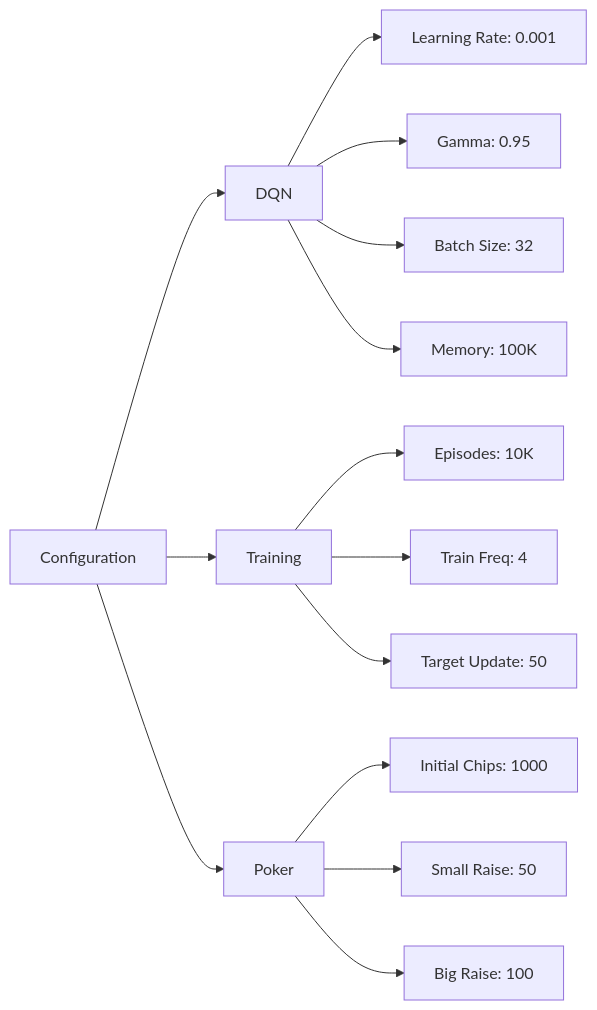
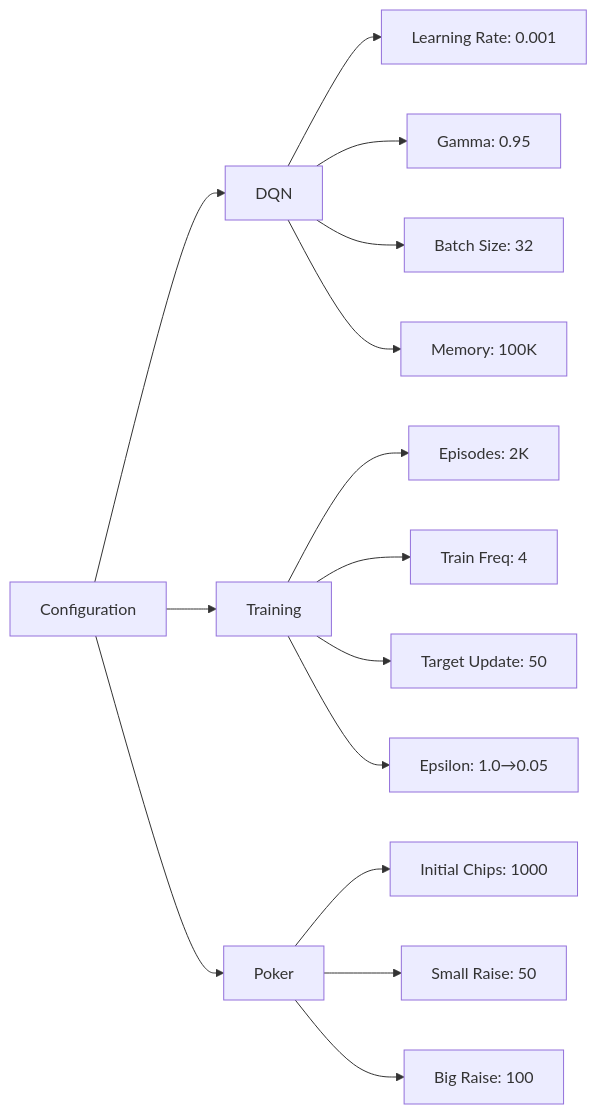
Before and after one commit to MatisAgr/DQN_TexasHoldEm_NoLimit: the fourth of 4 diagrams in README.MD, drawn with Mermaid. The commit also changed other lines of this file and 1 other file, not shown here.

````diff
--- a/README.MD
+++ b/README.MD
@@ -119,19 +140,20 @@
 ```mermaid
 graph LR
     A[Configuration] --> B[DQN]
     A --> C[Training]
     A --> D[Poker]
     
     B --> E[Learning Rate: 0.001]
     B --> F[Gamma: 0.95]
     B --> G[Batch Size: 32]
     B --> H[Memory: 100K]
     
-    C --> I[Episodes: 10K]
+    C --> I[Episodes: 2K]
     C --> J[Train Freq: 4]
     C --> K[Target Update: 50]
+    C --> L[Epsilon: 1.0→0.05]
     
-    D --> L[Initial Chips: 1000]
-    D --> M[Small Raise: 50]
-    D --> N[Big Raise: 100]
+    D --> M[Initial Chips: 1000]
+    D --> N[Small Raise: 50]
+    D --> O[Big Raise: 100]
 ```
````
